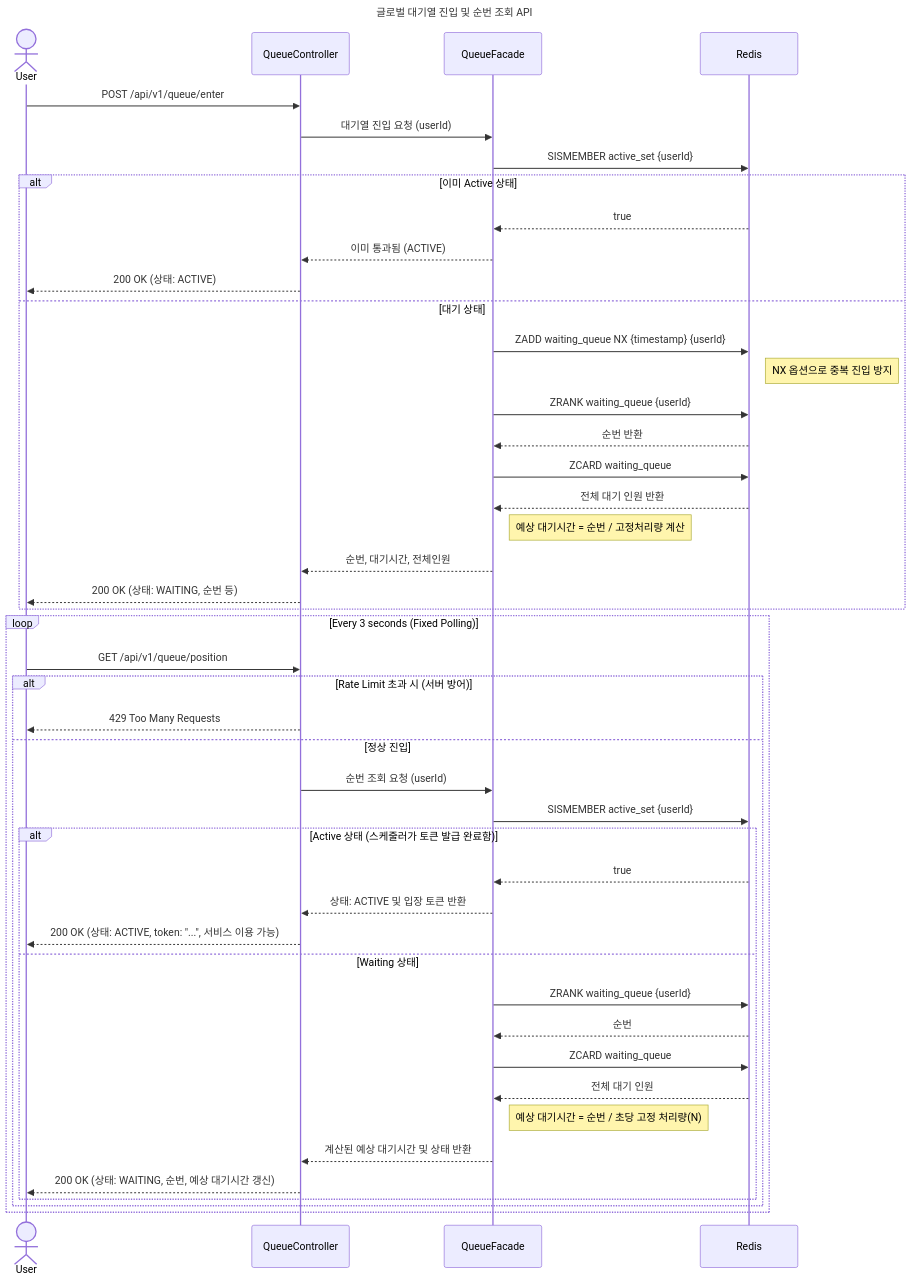
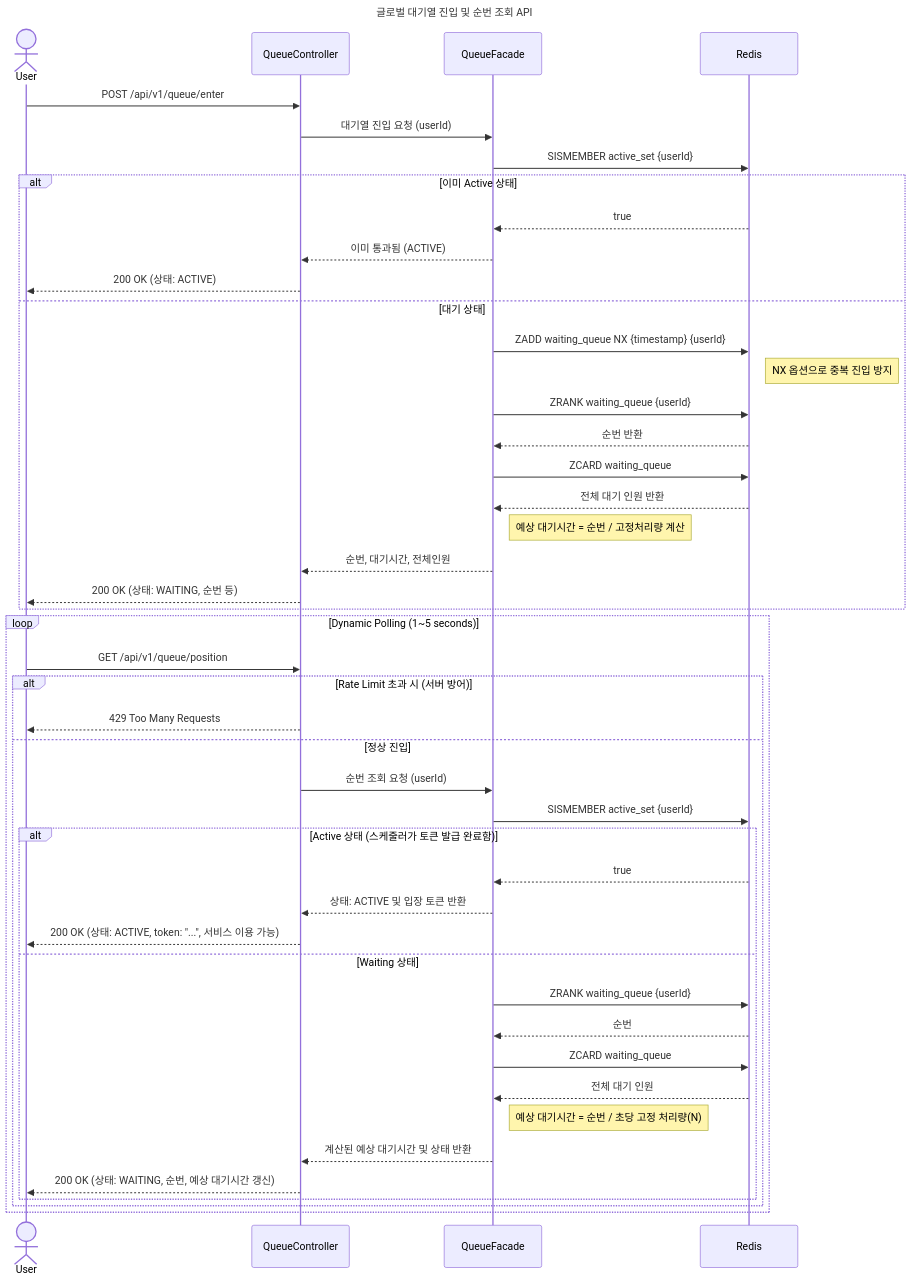
Before and after one commit to eelseungmin/loop-pack-be-l2-vol4-java: diagram 13 of 15 in docs/week2/02-sequence-diagrams.md, drawn with Mermaid. The commit also changed 1 other file, not shown here.

Commit message:
docs: 대기열 동적 폴링 정책 요구사항 및 시퀀스 다이어그램 업데이트

````diff
--- a/docs/week2/02-sequence-diagrams.md
+++ b/docs/week2/02-sequence-diagrams.md
@@ -549,55 +549,55 @@
 ```mermaid
 sequenceDiagram
     title 글로벌 대기열 진입 및 순번 조회 API
     actor User
     participant Controller as QueueController
     participant Facade as QueueFacade
     participant Redis
 
     %% 1. 대기열 진입
     User->>Controller: POST /api/v1/queue/enter
     Controller->>Facade: 대기열 진입 요청 (userId)
     
     Facade->>Redis: SISMEMBER active_set {userId}
     alt 이미 Active 상태
         Redis-->>Facade: true
         Facade-->>Controller: 이미 통과됨 (ACTIVE)
         Controller-->>User: 200 OK (상태: ACTIVE)
     else 대기 상태
         Facade->>Redis: ZADD waiting_queue NX {timestamp} {userId}
         Note right of Redis: NX 옵션으로 중복 진입 방지
         Facade->>Redis: ZRANK waiting_queue {userId}
         Redis-->>Facade: 순번 반환
         Facade->>Redis: ZCARD waiting_queue
         Redis-->>Facade: 전체 대기 인원 반환
         Note right of Facade: 예상 대기시간 = 순번 / 고정처리량 계산
         Facade-->>Controller: 순번, 대기시간, 전체인원
         Controller-->>User: 200 OK (상태: WAITING, 순번 등)
     end
 
-    %% 2. 순번 폴링 조회 (클라이언트 고정 주기)
-    loop Every 3 seconds (Fixed Polling)
+    %% 2. 순번 폴링 조회 (클라이언트 동적 주기)
+    loop Dynamic Polling (1~5 seconds)
         User->>Controller: GET /api/v1/queue/position
         
         alt Rate Limit 초과 시 (서버 방어)
             Controller-->>User: 429 Too Many Requests
         else 정상 진입
             Controller->>Facade: 순번 조회 요청 (userId)
             
             Facade->>Redis: SISMEMBER active_set {userId}
             alt Active 상태 (스케줄러가 토큰 발급 완료함)
                 Redis-->>Facade: true
                 Facade-->>Controller: 상태: ACTIVE 및 입장 토큰 반환
                 Controller-->>User: 200 OK (상태: ACTIVE, token: "...", 서비스 이용 가능)
             else Waiting 상태
                 Facade->>Redis: ZRANK waiting_queue {userId}
                 Redis-->>Facade: 순번
                 Facade->>Redis: ZCARD waiting_queue
                 Redis-->>Facade: 전체 대기 인원
                 Note right of Facade: 예상 대기시간 = 순번 / 초당 고정 처리량(N)
                 Facade-->>Controller: 계산된 예상 대기시간 및 상태 반환
                 Controller-->>User: 200 OK (상태: WAITING, 순번, 예상 대기시간 갱신)
             end
         end
     end
 ```
````
